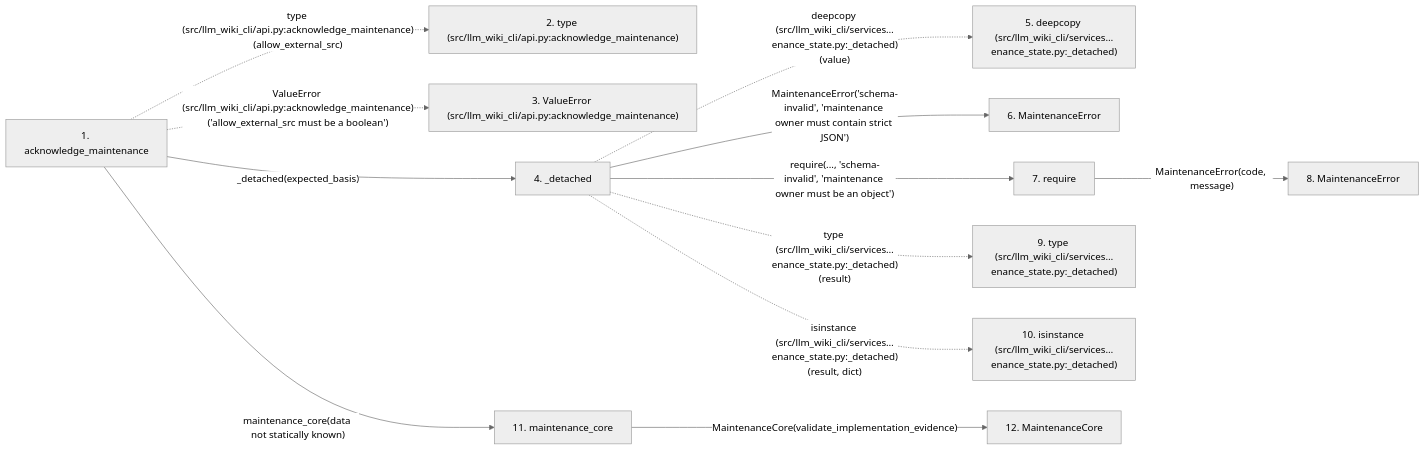
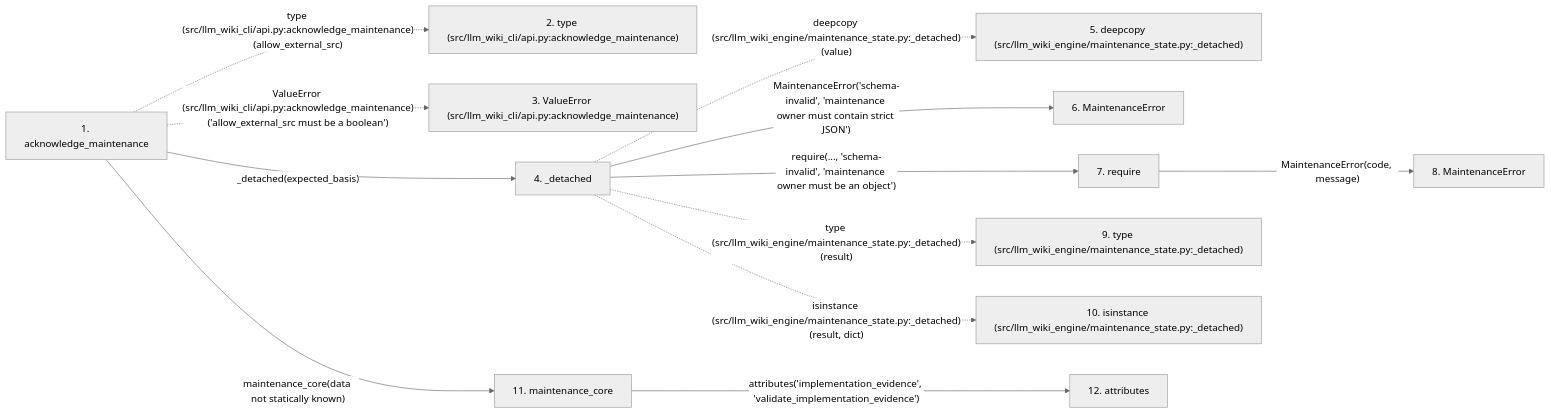
The second of 2 diagrams in docs/llm_wiki/flows/api-acknowledge_maintenance.md (Denissvgn/python-wiki-llm), drawn with Mermaid (neutral theme) before and after one commit. The commit also changed other lines of this file and 1058 other files, not shown here.

````diff
--- a/docs/llm_wiki/flows/api-acknowledge_maintenance.md
+++ b/docs/llm_wiki/flows/api-acknowledge_maintenance.md
@@ -204,33 +205,33 @@
 ```mermaid
 flowchart LR
     s1["1. acknowledge_maintenance"]
     s2["2. type (src/llm_wiki_cli/api.py:acknowledge_maintenance)"]
     s3["3. ValueError (src/llm_wiki_cli/api.py:acknowledge_maintenance)"]
     s4["4. _detached"]
-    s5["5. deepcopy (src/llm_wiki_cli/services…enance_state.py:_detached)"]
+    s5["5. deepcopy (src/llm_wiki_engine/maintenance_state.py:_detached)"]
     s6["6. MaintenanceError"]
     s7["7. require"]
     s8["8. MaintenanceError"]
-    s9["9. type (src/llm_wiki_cli/services…enance_state.py:_detached)"]
-    s10["10. isinstance (src/llm_wiki_cli/services…enance_state.py:_detached)"]
+    s9["9. type (src/llm_wiki_engine/maintenance_state.py:_detached)"]
+    s10["10. isinstance (src/llm_wiki_engine/maintenance_state.py:_detached)"]
     s11["11. maintenance_core"]
-    s12["12. MaintenanceCore"]
+    s12["12. attributes"]
     s1 -. "type (src/llm_wiki_cli/api.py:acknowledge_maintenance)(allow_external_src)" .-> s2
     s1 -. "ValueError (src/llm_wiki_cli/api.py:acknowledge_maintenance)('allow_external_src must be a boolean')" .-> s3
     s1 -->|"_detached(expected_basis)"| s4
-    s4 -. "deepcopy (src/llm_wiki_cli/services…enance_state.py:_detached)(value)" .-> s5
+    s4 -. "deepcopy (src/llm_wiki_engine/maintenance_state.py:_detached)(value)" .-> s5
     s4 -->|"MaintenanceError('schema-invalid', 'maintenance owner must contain strict JSON')"| s6
     s4 -->|"require(..., 'schema-invalid', 'maintenance owner must be an object')"| s7
     s7 -->|"MaintenanceError(code, message)"| s8
-    s4 -. "type (src/llm_wiki_cli/services…enance_state.py:_detached)(result)" .-> s9
-    s4 -. "isinstance (src/llm_wiki_cli/services…enance_state.py:_detached)(result, dict)" .-> s10
+    s4 -. "type (src/llm_wiki_engine/maintenance_state.py:_detached)(result)" .-> s9
+    s4 -. "isinstance (src/llm_wiki_engine/maintenance_state.py:_detached)(result, dict)" .-> s10
     s1 -->|"maintenance_core(data not statically known)"| s11
-    s11 -->|"MaintenanceCore(validate_implementation_evidence)"| s12
+    s11 -->|"attributes('implementation_evidence', 'validate_implementation_evidence')"| s12
     click s1 "../modules/api.md"
     click s4 "../modules/maintenance_state.md"
     click s6 "../modules/maintenance_shapes.md"
     click s7 "../modules/maintenance_shapes.md"
     click s8 "../modules/maintenance_shapes.md"
     click s11 "../modules/maintenance_state.md"
-    click s12 "../modules/maintenance_state.md"
+    click s12 "../modules/integrations.md"
 ```
````
